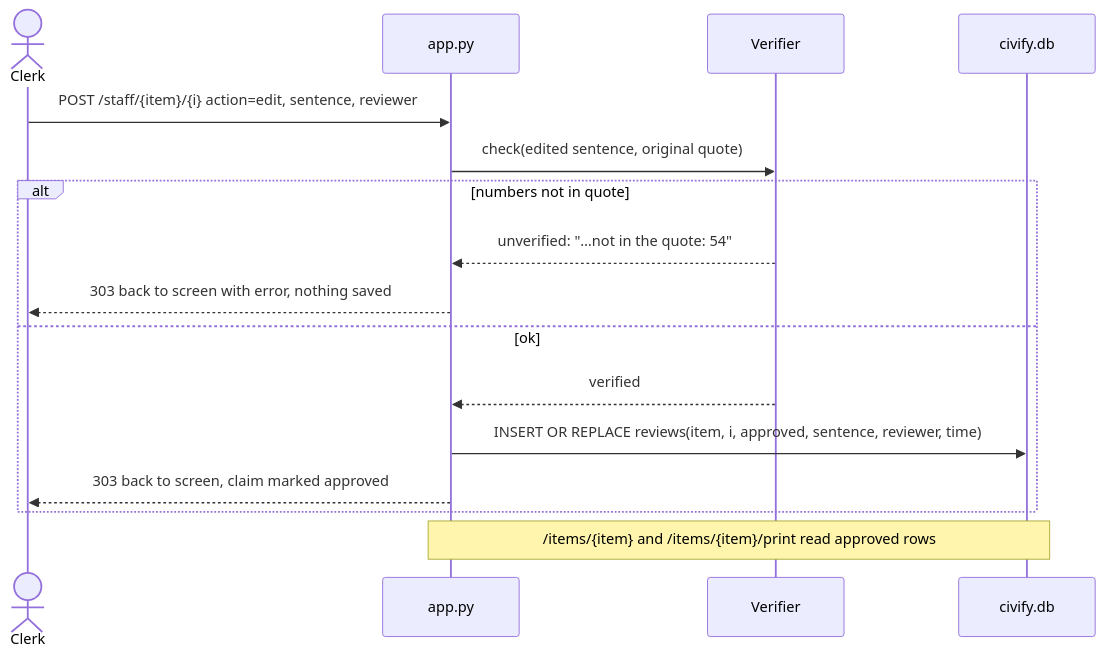
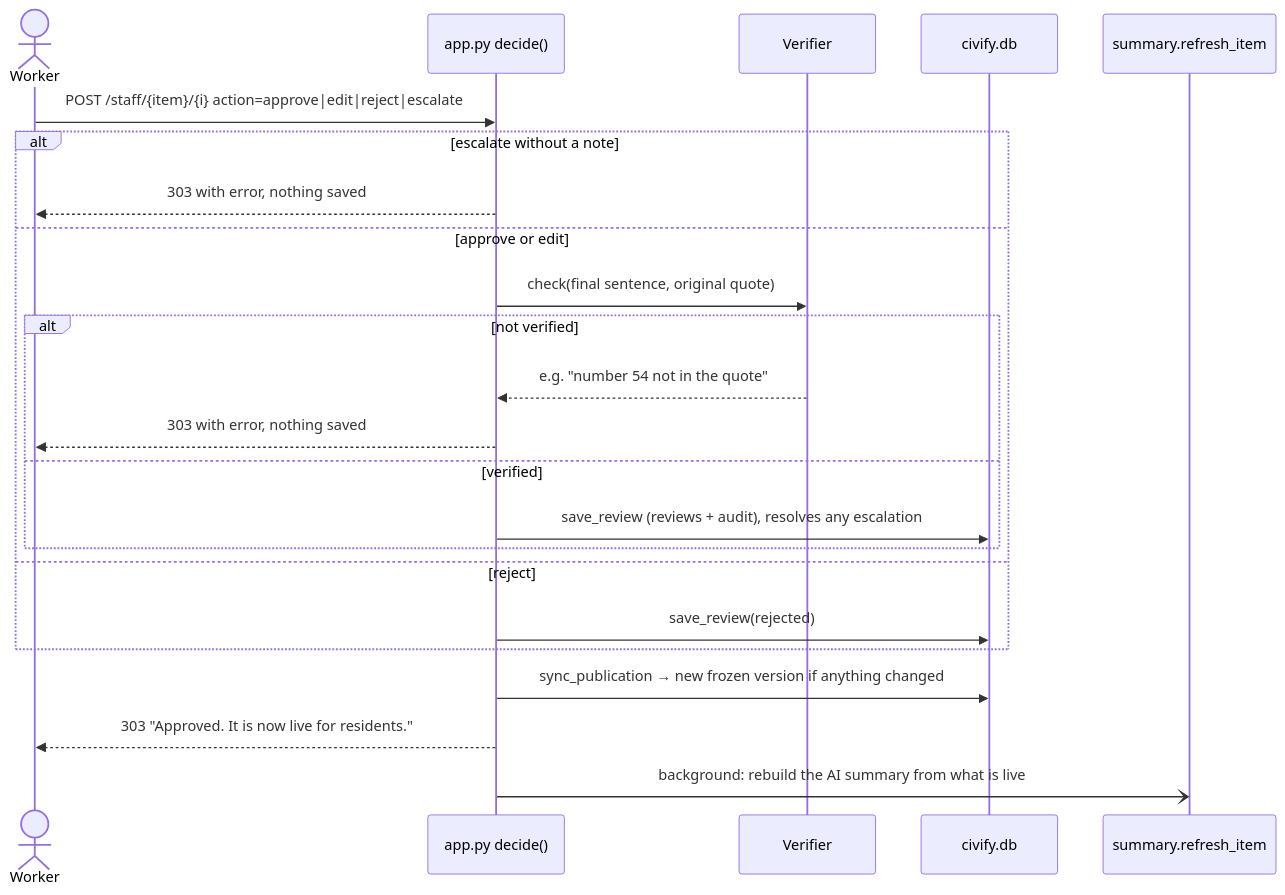
The seventh of 7 diagrams in docs/architecture.md (opkirat/Civify), drawn with Mermaid before and after one commit. The commit also changed other lines of this file and 7 other files, not shown here.

Commit message:
Docs match the code: UML for auto-approval, publishing, summary and SMS; unique requirement and decision IDs; measured scalability; complete references

````diff
--- a/docs/architecture.md
+++ b/docs/architecture.md
@@ -81,18 +301,25 @@
 ```mermaid
 sequenceDiagram
-  actor Clerk
-  participant App as app.py
+  actor W as Worker
+  participant A as app.py decide()
   participant V as Verifier
   participant DB as civify.db
-  Clerk->>App: POST /staff/{item}/{i} action=edit, sentence, reviewer
-  App->>V: check(edited sentence, original quote)
-  alt numbers not in quote
-    V-->>App: unverified: "…not in the quote: 54"
-    App-->>Clerk: 303 back to screen with error, nothing saved
-  else ok
-    V-->>App: verified
-    App->>DB: INSERT OR REPLACE reviews(item, i, approved, sentence, reviewer, time)
-    App-->>Clerk: 303 back to screen, claim marked approved
+  participant S as summary.refresh_item
+  W->>A: POST /staff/{item}/{i} action=approve|edit|reject|escalate
+  alt escalate without a note
+    A-->>W: 303 with error, nothing saved
+  else approve or edit
+    A->>V: check(final sentence, original quote)
+    alt not verified
+      V-->>A: e.g. "number 54 not in the quote"
+      A-->>W: 303 with error, nothing saved
+    else verified
+      A->>DB: save_review (reviews + audit), resolves any escalation
+    end
+  else reject
+    A->>DB: save_review(rejected)
   end
-  Note over App,DB: /items/{item} and /items/{item}/print read approved rows
+  A->>DB: sync_publication → new frozen version if anything changed
+  A-->>W: 303 "Approved. It is now live for residents."
+  A-)S: background: rebuild the AI summary from what is live
 ```
````
